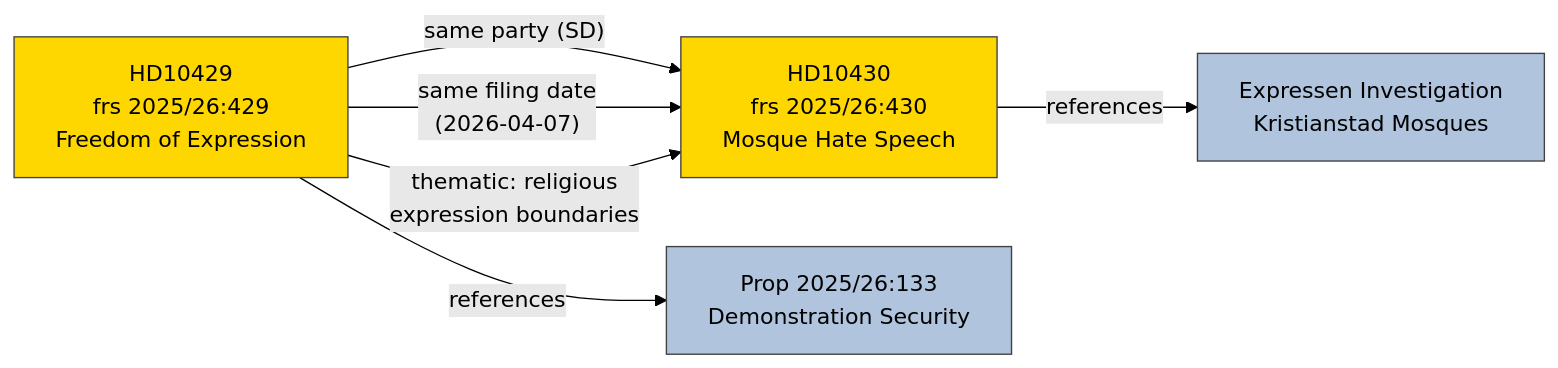
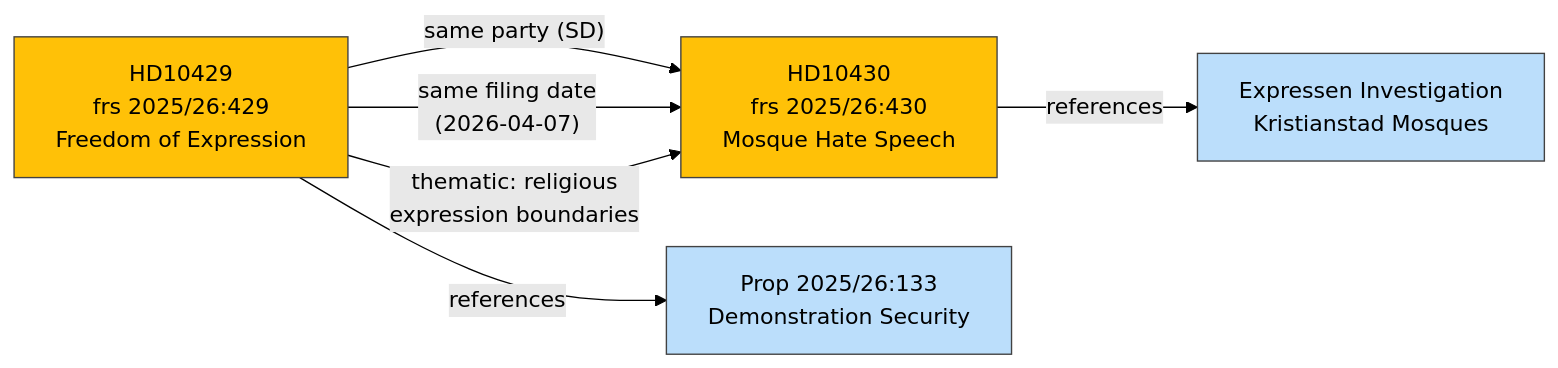
Before and after one commit to Hack23/riksdagsmonitor: the diagram in analysis/daily/2026-04-13/interpellations/cross-reference-map.md, drawn with Mermaid (forest theme). The commit also changed 121 other files, not shown here.

````diff
--- a/analysis/daily/2026-04-13/interpellations/cross-reference-map.md
+++ b/analysis/daily/2026-04-13/interpellations/cross-reference-map.md
@@ -17,14 +17,14 @@
 ```mermaid
 graph LR
     HD10429["HD10429<br/>frs 2025/26:429<br/>Freedom of Expression"] -->|"same party (SD)"| HD10430["HD10430<br/>frs 2025/26:430<br/>Mosque Hate Speech"]
     HD10429 -->|"same filing date<br/>(2026-04-07)"| HD10430
     HD10429 -->|"thematic: religious<br/>expression boundaries"| HD10430
     
     HD10429 -->|"references"| PROP["Prop 2025/26:133<br/>Demonstration Security"]
     HD10430 -->|"references"| EXP["Expressen Investigation<br/>Kristianstad Mosques"]
     
-    style HD10429 fill:#FFD700,stroke:#424242,color:#000000
-    style HD10430 fill:#FFD700,stroke:#424242,color:#000000
-    style PROP fill:#B0C4DE,stroke:#424242
-    style EXP fill:#B0C4DE,stroke:#424242
+    style HD10429 fill:#FFC107,stroke:#424242,color:#000000
+    style HD10430 fill:#FFC107,stroke:#424242,color:#000000
+    style PROP fill:#BBDEFB,stroke:#424242
+    style EXP fill:#BBDEFB,stroke:#424242
 ```
````
